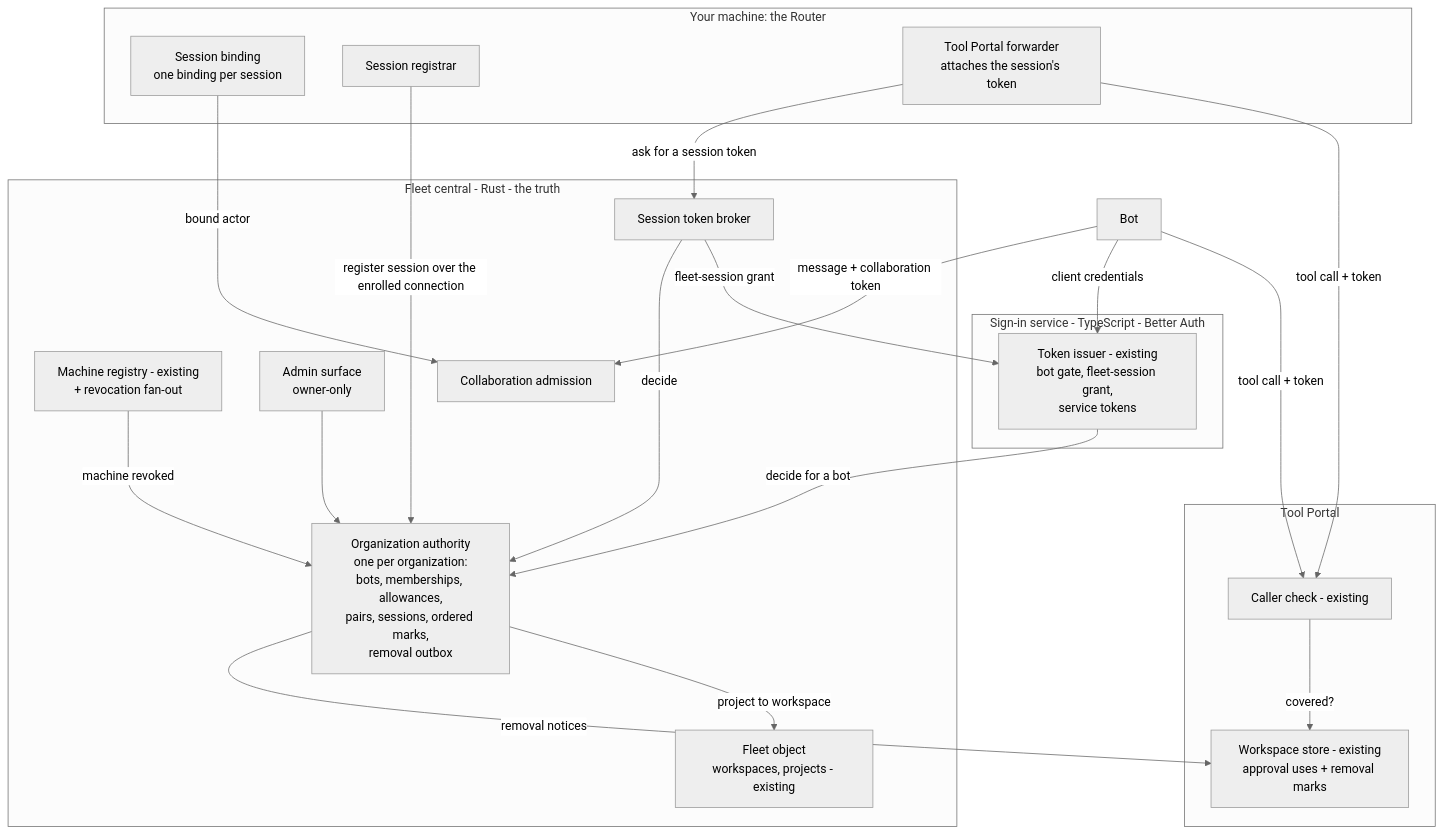
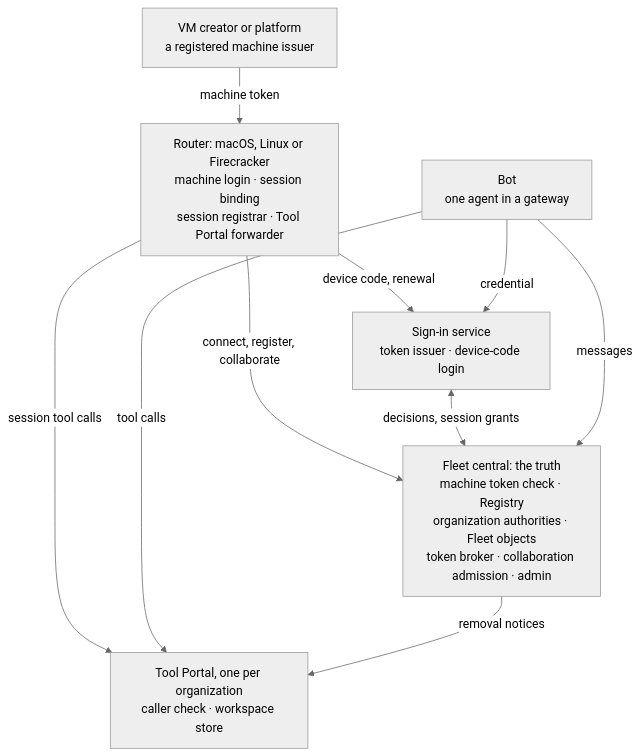
One commit to ShravanSunder/agent-vm changed the first of 10 diagrams in docs/specs/2026-10-24-agent-identity/program-design.md. Above: the diagram before and after it, drawn with Mermaid (neutral theme). The commit also changed other lines of this file and 2 other files, not shown here.

````diff
--- a/docs/specs/2026-10-24-agent-identity/program-design.md
+++ b/docs/specs/2026-10-24-agent-identity/program-design.md
@@ -7,39 +7,18 @@
 ```mermaid
 flowchart TB
-  subgraph ROUTER[Your machine: the Router]
-    RB[Session binding<br/>one binding per session]
-    RR[Session registrar]
-    RF[Tool Portal forwarder<br/>attaches the session's token]
-  end
-  subgraph CENTRAL[Fleet central - Rust - the truth]
-    OA[Organization authority<br/>one per organization:<br/>bots, memberships, allowances,<br/>pairs, sessions, ordered marks,<br/>removal outbox]
-    FO[Fleet object<br/>workspaces, projects - existing]
-    REG[Machine registry - existing<br/>+ revocation fan-out]
-    STB[Session token broker]
-    ADM[Admin surface<br/>owner-only]
-    CA[Collaboration admission]
-  end
-  subgraph AUTH[Sign-in service - TypeScript - Better Auth]
-    BAI[Token issuer - existing<br/>bot gate, fleet-session grant,<br/>service tokens]
-  end
-  subgraph PORTAL[Tool Portal]
-    CC[Caller check - existing]
-    WS[Workspace store - existing<br/>approval uses + removal marks]
-  end
-  BOT[Bot]
-  RR -- register session over the enrolled connection --> OA
-  RF -- ask for a session token --> STB
-  STB -- decide --> OA
-  STB -- fleet-session grant --> BAI
-  BOT -- client credentials --> BAI
-  BAI -- decide for a bot --> OA
-  OA -- removal notices --> WS
-  REG -- machine revoked --> OA
-  RF -- tool call + token --> CC
-  BOT -- tool call + token --> CC
-  CC -- covered? --> WS
-  RB -- bound actor --> CA
-  BOT -- message + collaboration token --> CA
-  ADM --> OA
-  OA -- project to workspace --> FO
+  VMC["VM creator or platform<br/>a registered machine issuer"]
+  BOT["Bot<br/>one agent in a gateway"]
+  R["Router: macOS, Linux or Firecracker<br/>machine login · session binding<br/>session registrar · Tool Portal forwarder"]
+  AUTH["Sign-in service<br/>token issuer · device-code login"]
+  C["Fleet central: the truth<br/>machine token check · Registry<br/>organization authorities · Fleet objects<br/>token broker · collaboration admission · admin"]
+  P["Tool Portal, one per organization<br/>caller check · workspace store"]
+  VMC -- machine token --> R
+  R -- device code, renewal --> AUTH
+  BOT -- credential --> AUTH
+  R -- connect, register, collaborate --> C
+  AUTH <-- decisions, session grants --> C
+  BOT -- messages --> C
+  R -- session tool calls --> P
+  BOT -- tool calls --> P
+  C -- removal notices --> P
 ```
````
